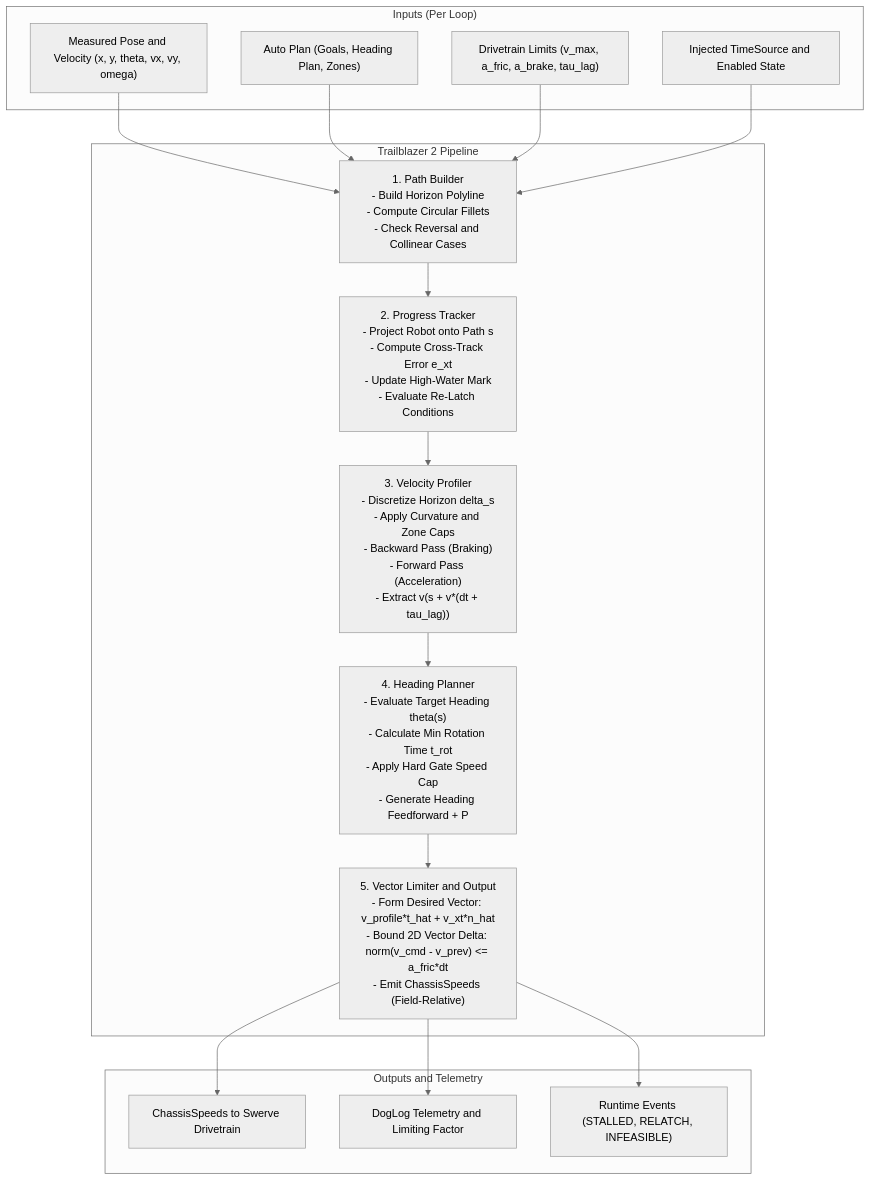
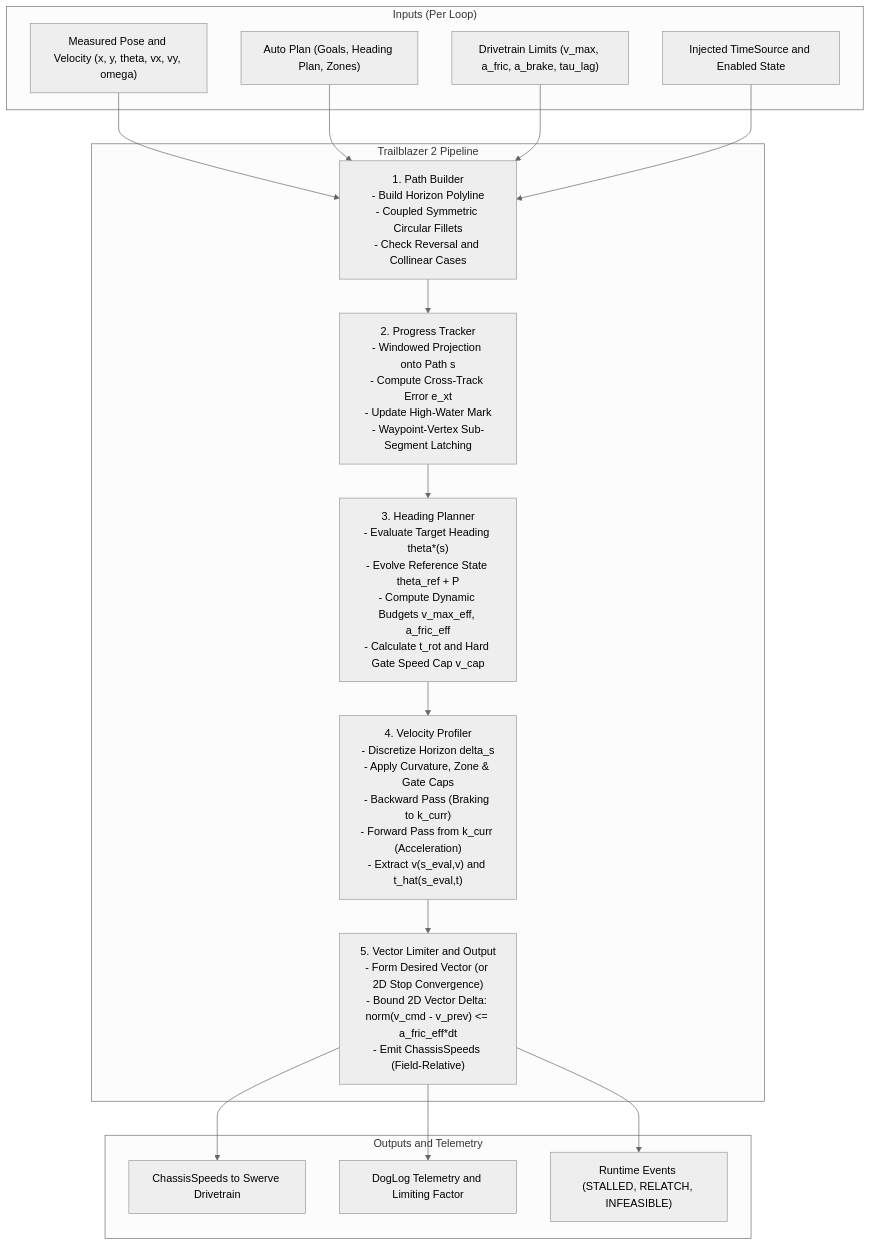
Before and after one commit to team581/offseason-2026: the first of 2 diagrams in shared/src/main/java/com/team581/trailblazer2/planning/00-overview-and-architecture.md, drawn with Mermaid (neutral theme). The commit also changed other lines of this file and 10 other files, not shown here.

````diff
--- a/shared/src/main/java/com/team581/trailblazer2/planning/00-overview-and-architecture.md
+++ b/shared/src/main/java/com/team581/trailblazer2/planning/00-overview-and-architecture.md
@@ -64,36 +48,36 @@
 ```mermaid
 flowchart TD
     subgraph Inputs ["Inputs (Per Loop)"]
         State["Measured Pose and Velocity (x, y, theta, vx, vy, omega)"]
         Spec["Auto Plan (Goals, Heading Plan, Zones)"]
         Limits["Drivetrain Limits (v_max, a_fric, a_brake, tau_lag)"]
         Time["Injected TimeSource and Enabled State"]
     end
 
     subgraph Pipeline ["Trailblazer 2 Pipeline"]
-        Step1["1. Path Builder<br/>- Build Horizon Polyline<br/>- Compute Circular Fillets<br/>- Check Reversal and Collinear Cases"]
-        Step2["2. Progress Tracker<br/>- Project Robot onto Path s<br/>- Compute Cross-Track Error e_xt<br/>- Update High-Water Mark<br/>- Evaluate Re-Latch Conditions"]
-        Step3["3. Velocity Profiler<br/>- Discretize Horizon delta_s<br/>- Apply Curvature and Zone Caps<br/>- Backward Pass (Braking)<br/>- Forward Pass (Acceleration)<br/>- Extract v(s + v*(dt + tau_lag))"]
-        Step4["4. Heading Planner<br/>- Evaluate Target Heading theta(s)<br/>- Calculate Min Rotation Time t_rot<br/>- Apply Hard Gate Speed Cap<br/>- Generate Heading Feedforward + P"]
-        Step5["5. Vector Limiter and Output<br/>- Form Desired Vector: v_profile*t_hat + v_xt*n_hat<br/>- Bound 2D Vector Delta: norm(v_cmd - v_prev) <= a_fric*dt<br/>- Emit ChassisSpeeds (Field-Relative)"]
+        Step1["1. Path Builder<br/>- Build Horizon Polyline<br/>- Coupled Symmetric Circular Fillets<br/>- Check Reversal and Collinear Cases"]
+        Step2["2. Progress Tracker<br/>- Windowed Projection onto Path s<br/>- Compute Cross-Track Error e_xt<br/>- Update High-Water Mark<br/>- Waypoint-Vertex Sub-Segment Latching"]
+        Step3["3. Heading Planner<br/>- Evaluate Target Heading theta*(s)<br/>- Evolve Reference State theta_ref + P<br/>- Compute Dynamic Budgets v_max_eff, a_fric_eff<br/>- Calculate t_rot and Hard Gate Speed Cap v_cap"]
+        Step4["4. Velocity Profiler<br/>- Discretize Horizon delta_s<br/>- Apply Curvature, Zone & Gate Caps<br/>- Backward Pass (Braking to k_curr)<br/>- Forward Pass from k_curr (Acceleration)<br/>- Extract v(s_eval,v) and t_hat(s_eval,t)"]
+        Step5["5. Vector Limiter and Output<br/>- Form Desired Vector (or 2D Stop Convergence)<br/>- Bound 2D Vector Delta: norm(v_cmd - v_prev) <= a_fric_eff*dt<br/>- Emit ChassisSpeeds (Field-Relative)"]
     end
 
     subgraph Output ["Outputs and Telemetry"]
         Cmd["ChassisSpeeds to Swerve Drivetrain"]
         Logs["DogLog Telemetry and Limiting Factor"]
         Events["Runtime Events (STALLED, RELATCH, INFEASIBLE)"]
     end
 
     State --> Step1
     Spec --> Step1
     Limits --> Step1
     Time --> Step1
 
     Step1 --> Step2
     Step2 --> Step3
     Step3 --> Step4
     Step4 --> Step5
     Step5 --> Cmd
     Step5 --> Logs
     Step5 --> Events
 ```
````
